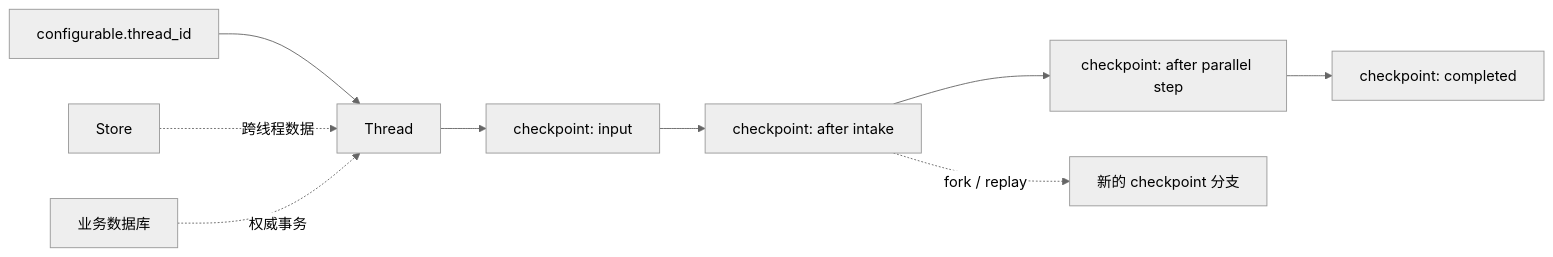
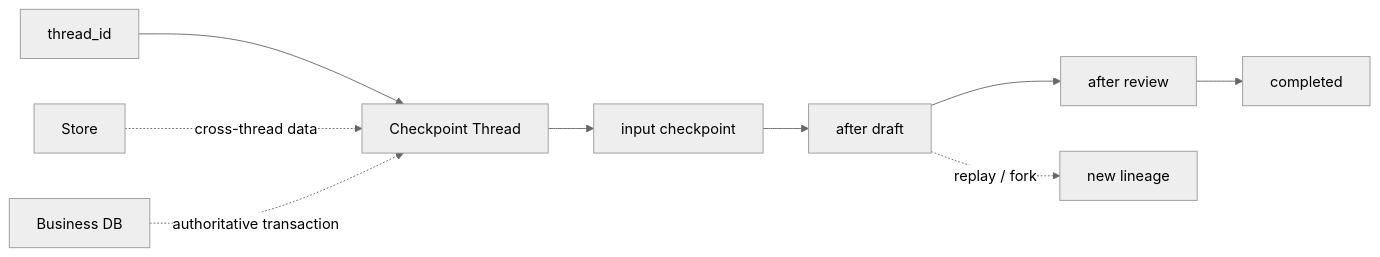
One commit to Chengyunlai/langchain-logbook changed the diagram in docs-site/src/data/blog/09_Multi_Agent_Eval.md. Above: the diagram before and after it, drawn with Mermaid (neutral theme). The commit also changed other lines of this file and 7 other files, not shown here.

Commit message:
docs: prove persistence across graph restarts

````diff
--- a/docs-site/src/data/blog/09_Multi_Agent_Eval.md
+++ b/docs-site/src/data/blog/09_Multi_Agent_Eval.md
@@ -27,11 +29,11 @@
 ```mermaid
 flowchart LR
-    C["configurable.thread_id"] --> T["Thread"]
-    T --> CP1["checkpoint: input"]
-    CP1 --> CP2["checkpoint: after intake"]
-    CP2 --> CP3["checkpoint: after parallel step"]
-    CP3 --> CP4["checkpoint: completed"]
-    CP2 -. "fork / replay" .-> ALT["新的 checkpoint 分支"]
-    STORE["Store"] -. "跨线程数据" .-> T
-    DB["业务数据库"] -. "权威事务" .-> T
+    ID["thread_id"] --> T["Checkpoint Thread"]
+    T --> C0["input checkpoint"]
+    C0 --> C1["after draft"]
+    C1 --> C2["after review"]
+    C2 --> C3["completed"]
+    C1 -. "replay / fork" .-> ALT["new lineage"]
+    STORE["Store"] -. "cross-thread data" .-> T
+    DB["Business DB"] -. "authoritative transaction" .-> T
 ```
````
